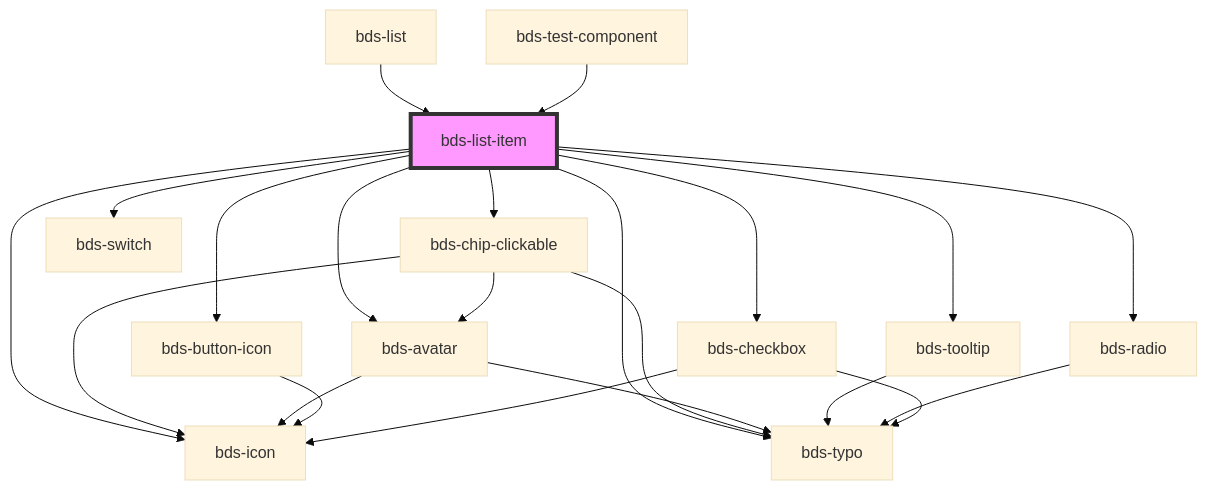
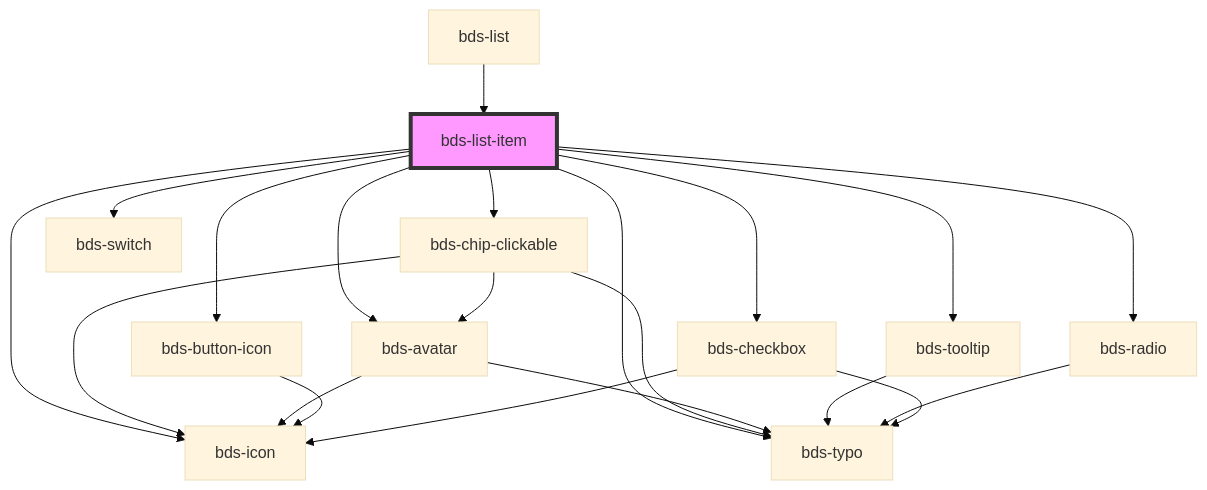
The diagram in src/components/list/readme.md (takenet/blip-ds), drawn with Mermaid (base theme) before and after one commit. The commit also changed other lines of this file and 40 other files, not shown here.

Commit message:
feat(test-components): remove components example from test component

````diff
--- a/src/components/list/readme.md
+++ b/src/components/list/readme.md
@@ -55,25 +54,24 @@
 ```mermaid
 graph TD;
   bds-list-item --> bds-chip-clickable
   bds-list-item --> bds-tooltip
   bds-list-item --> bds-button-icon
   bds-list-item --> bds-radio
   bds-list-item --> bds-checkbox
   bds-list-item --> bds-avatar
   bds-list-item --> bds-icon
   bds-list-item --> bds-typo
   bds-list-item --> bds-switch
   bds-chip-clickable --> bds-icon
   bds-chip-clickable --> bds-avatar
   bds-chip-clickable --> bds-typo
   bds-avatar --> bds-typo
   bds-avatar --> bds-icon
   bds-tooltip --> bds-typo
   bds-button-icon --> bds-icon
   bds-radio --> bds-typo
   bds-checkbox --> bds-icon
   bds-checkbox --> bds-typo
   bds-list --> bds-list-item
-  bds-test-component --> bds-list-item
   style bds-list-item fill:#f9f,stroke:#333,stroke-width:4px
 ```
````
